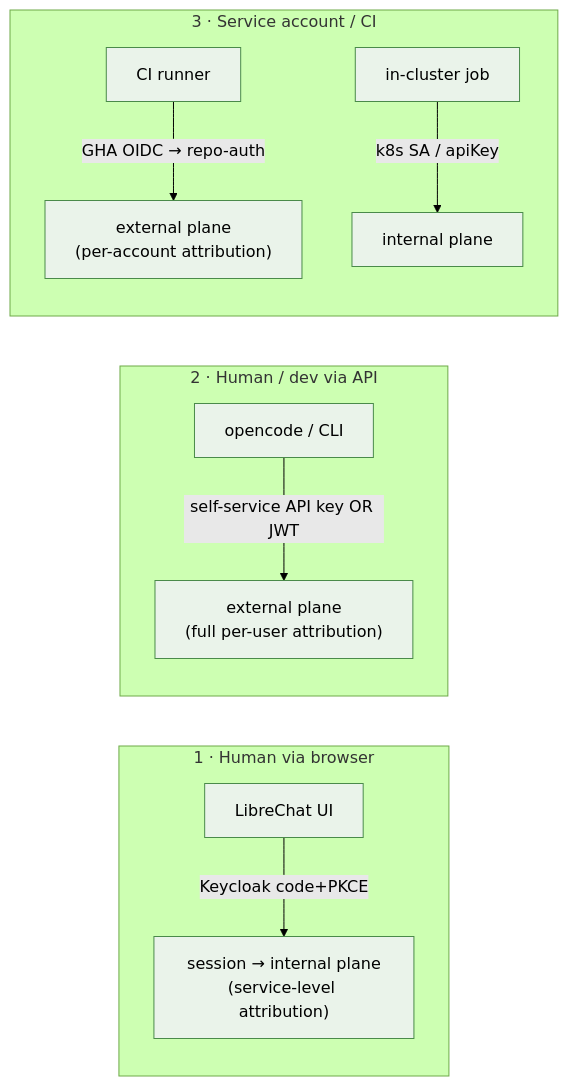
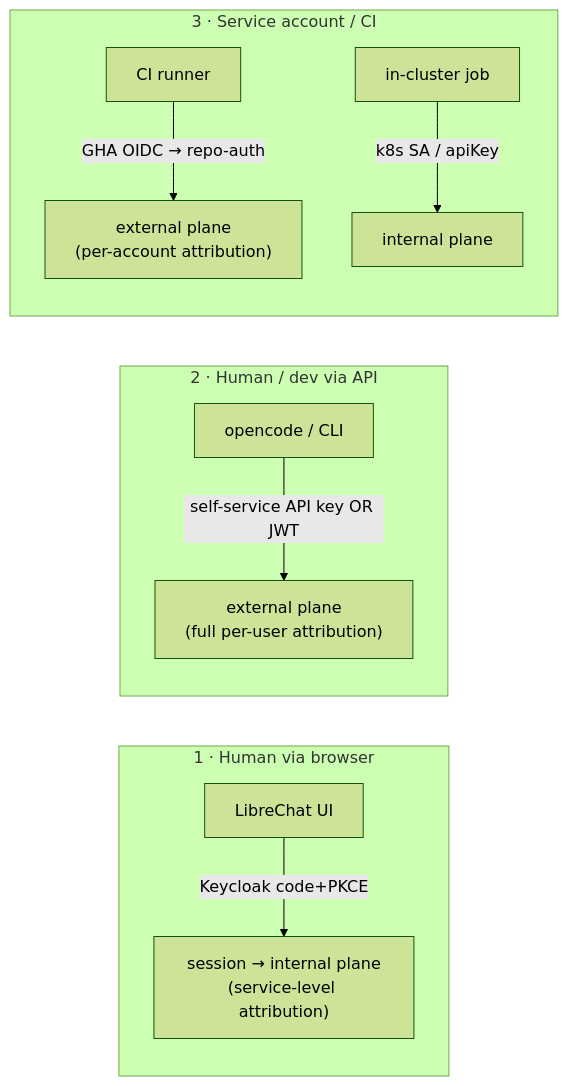
One commit to ADORSYS-GIS/ai-helm changed the second of 3 diagrams in docs/architecture/05-auth-identity.md. Above: the diagram before and after it, drawn with Mermaid (forest theme). The commit also changed other lines of this file and 13 other files, not shown here.

First line of the commit message:
docs(architecture): uncolor all mermaid; refresh CD/components; add diagrams

````diff
--- a/docs/architecture/05-auth-identity.md
+++ b/docs/architecture/05-auth-identity.md
@@ -54,16 +51,14 @@
 ```mermaid
 flowchart LR
     subgraph s1["1 · Human via browser"]
         B["LibreChat UI"] -->|Keycloak code+PKCE| BJ["session → internal plane<br/>(service-level attribution)"]
     end
     subgraph s2["2 · Human / dev via API"]
         O["opencode / CLI"] -->|self-service API key OR JWT| OJ["external plane<br/>(full per-user attribution)"]
     end
     subgraph s3["3 · Service account / CI"]
         C["CI runner"] -->|GHA OIDC → repo-auth| CJ["external plane<br/>(per-account attribution)"]
         K["in-cluster job"] -->|k8s SA / apiKey| KJ["internal plane"]
     end
 
-    classDef g fill:#eaf3ea,stroke:#4a8a4a;
-    class B,BJ,O,OJ,C,CJ,K,KJ g;
 ```
````
